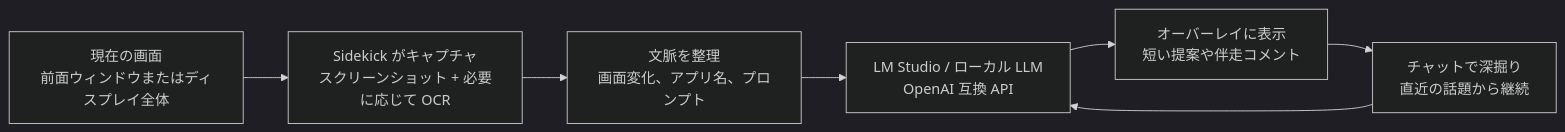
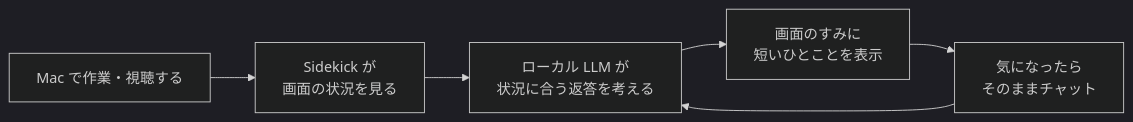
Before and after one commit to ast-ry/sidekick: the diagram in README.ja.md, drawn with Mermaid (dark theme). The commit also changed other lines of this file and 1 other file, not shown here.

````diff
--- a/README.ja.md
+++ b/README.ja.md
@@ -23,13 +25,12 @@
 ```mermaid
 flowchart LR
-    screen["現在の画面<br/>前面ウィンドウまたはディスプレイ全体"]
-    capture["Sidekick がキャプチャ<br/>スクリーンショット + 必要に応じて OCR"]
-    context["文脈を整理<br/>画面変化、アプリ名、プロンプト"]
-    lmstudio["LM Studio / ローカル LLM<br/>OpenAI 互換 API"]
-    feedback["オーバーレイに表示<br/>短い提案や伴走コメント"]
-    chat["チャットで深掘り<br/>直近の話題から継続"]
+    screen["Mac で作業・視聴する"]
+    capture["Sidekick が<br/>画面の状況を見る"]
+    lmstudio["ローカル LLM が<br/>状況に合う返答を考える"]
+    feedback["画面のすみに<br/>短いひとことを表示"]
+    chat["気になったら<br/>そのままチャット"]
 
-    screen --> capture --> context --> lmstudio --> feedback
+    screen --> capture --> lmstudio --> feedback
     feedback --> chat
     chat --> lmstudio
 ```
````
